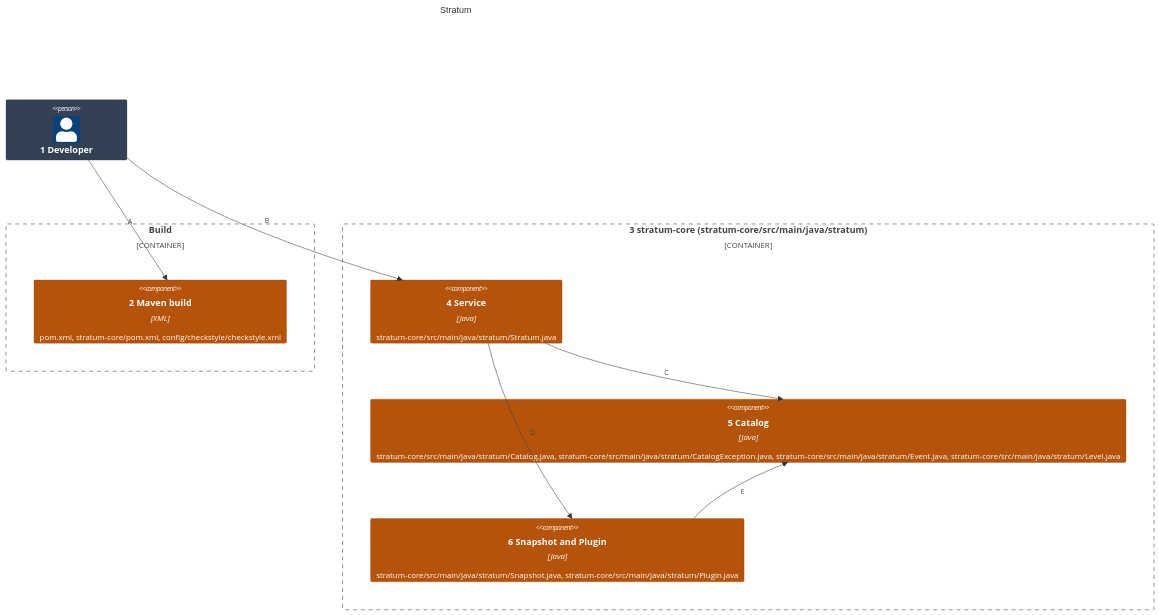
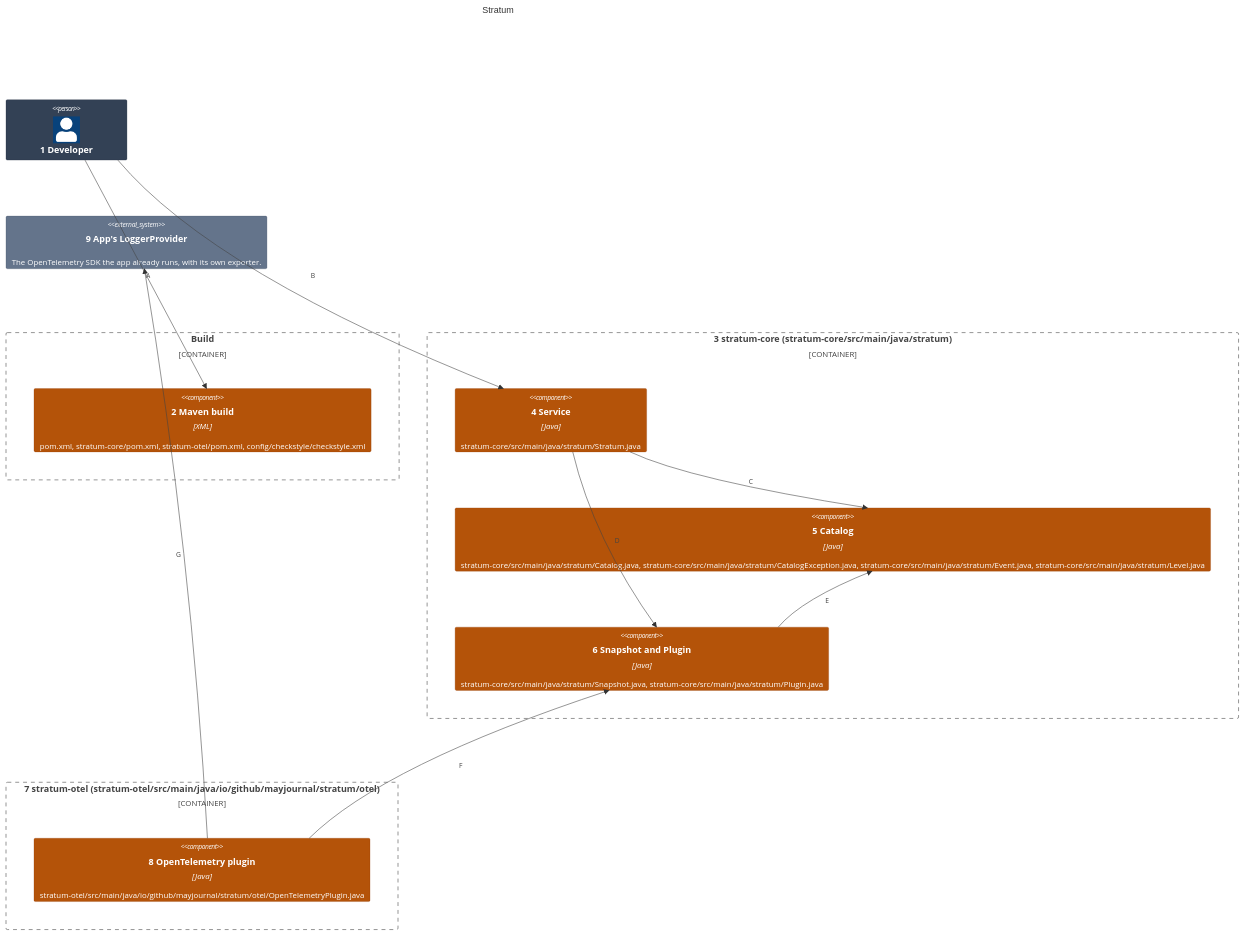
The first of 2 diagrams in docs/architecture/03-components.md (may-journal/Stratum-Observability-Java), drawn with Mermaid before and after one commit. The commit also changed other lines of this file and 4 other files, not shown here.

First line of the commit message:
docs(otel): add the OpenTelemetry plugin to the architecture views

````diff
--- a/docs/architecture/03-components.md
+++ b/docs/architecture/03-components.md
@@ -5,28 +5,38 @@
 ```mermaid
 C4Component
     title Stratum
 
     Person(dev, "1 Developer")
 
     Container_Boundary(build, "Build") {
-        Component(poms, "2 Maven build", "XML", "pom.xml, stratum-core/pom.xml, config/checkstyle/checkstyle.xml")
+        Component(poms, "2 Maven build", "XML", "pom.xml, stratum-core/pom.xml, stratum-otel/pom.xml, config/checkstyle/checkstyle.xml")
     }
 
     Container_Boundary(core, "3 stratum-core (stratum-core/src/main/java/stratum)") {
         Component(service, "4 Service", "Java", "stratum-core/src/main/java/stratum/Stratum.java")
         Component(catalog, "5 Catalog", "Java", "stratum-core/src/main/java/stratum/Catalog.java, stratum-core/src/main/java/stratum/CatalogException.java, stratum-core/src/main/java/stratum/Event.java, stratum-core/src/main/java/stratum/Level.java")
         Component(snapshot, "6 Snapshot and Plugin", "Java", "stratum-core/src/main/java/stratum/Snapshot.java, stratum-core/src/main/java/stratum/Plugin.java")
     }
 
+    Container_Boundary(otel, "7 stratum-otel (stratum-otel/src/main/java/io/github/mayjournal/stratum/otel)") {
+        Component(emitter, "8 OpenTelemetry plugin", "Java", "stratum-otel/src/main/java/io/github/mayjournal/stratum/otel/OpenTelemetryPlugin.java")
+    }
+
+    System_Ext(provider, "9 App's LoggerProvider", "The OpenTelemetry SDK the app already runs, with its own exporter.")
+
     Rel(dev, poms, "A")
     Rel(dev, service, "B")
     Rel(service, catalog, "C")
     Rel(service, snapshot, "D")
     Rel(snapshot, catalog, "E")
+    Rel(emitter, snapshot, "F")
+    Rel(emitter, provider, "G")
 
     UpdateElementStyle(dev, $bgColor="#334155", $borderColor="#1e293b", $fontColor="#ffffff")
     UpdateElementStyle(poms, $bgColor="#b45309", $borderColor="#92400e", $fontColor="#ffffff")
     UpdateElementStyle(service, $bgColor="#b45309", $borderColor="#92400e", $fontColor="#ffffff")
     UpdateElementStyle(catalog, $bgColor="#b45309", $borderColor="#92400e", $fontColor="#ffffff")
     UpdateElementStyle(snapshot, $bgColor="#b45309", $borderColor="#92400e", $fontColor="#ffffff")
+    UpdateElementStyle(emitter, $bgColor="#b45309", $borderColor="#92400e", $fontColor="#ffffff")
+    UpdateElementStyle(provider, $bgColor="#64748b", $borderColor="#475569", $fontColor="#ffffff")
 ```
````
